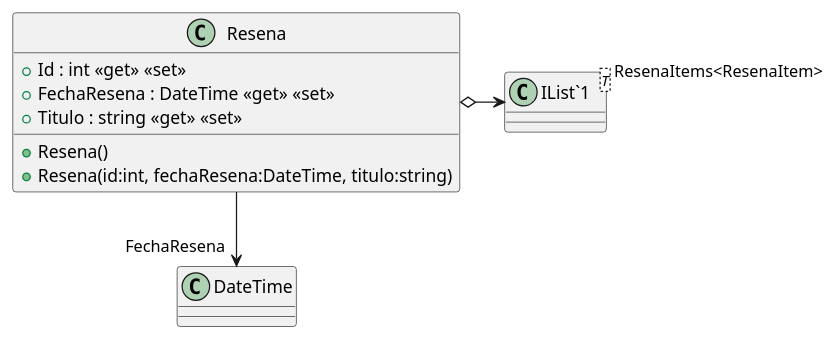
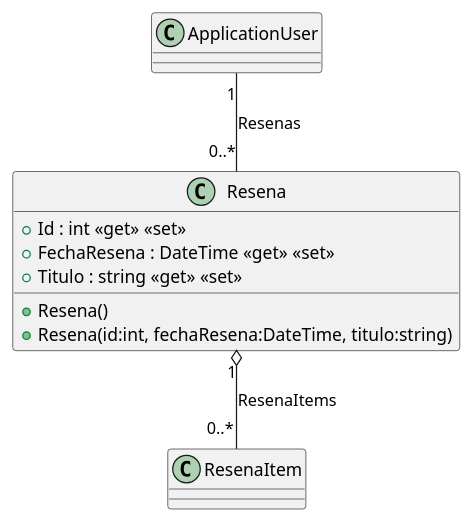
The diagram in src/AppForSEII.API/ClassDiagram/Resena.puml (ISII2627LosElnes/ISII2627LosElnes), drawn with PlantUML before and after one commit. The commit also changed 3 other files, not shown here.

Commit message:
Cambio puml Resena, ApplicationUser, Libro y CU-ResenarLibros

```diff
--- a/src/AppForSEII.API/ClassDiagram/Resena.puml
+++ b/src/AppForSEII.API/ClassDiagram/Resena.puml
@@ -1,13 +1,14 @@
 @startuml
+
 class Resena {
     + Resena()
     + Resena(id:int, fechaResena:DateTime, titulo:string)
     + Id : int <<get>> <<set>>
     + FechaResena : DateTime <<get>> <<set>>
     + Titulo : string <<get>> <<set>>
 }
-class "IList`1"<T> {
-}
-Resena --> "FechaResena" DateTime
-Resena o-> "ResenaItems<ResenaItem>" "IList`1"
+
+Resena "1" o-- "0..*" ResenaItem : ResenaItems
+ApplicationUser "1" -- "0..*" Resena : Resenas
+
 @enduml
```
